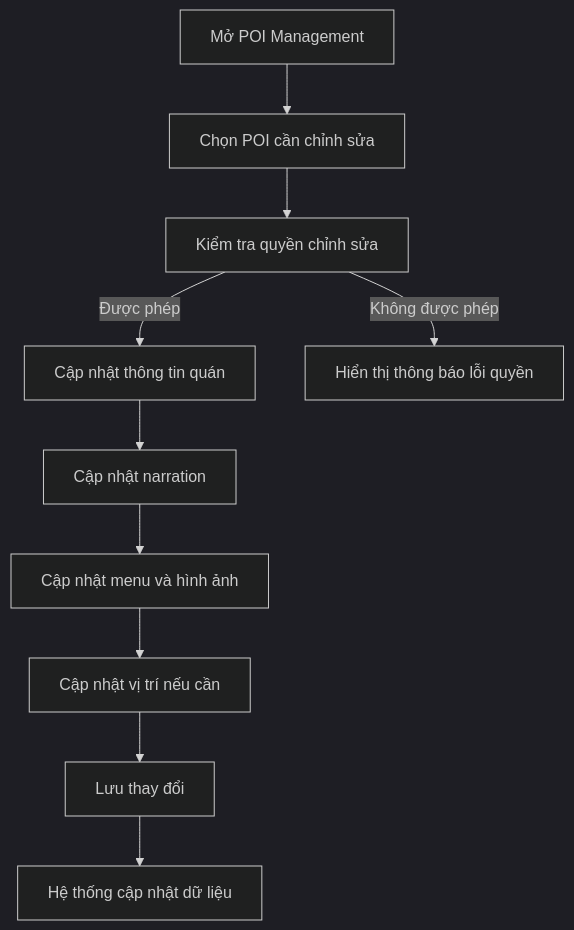
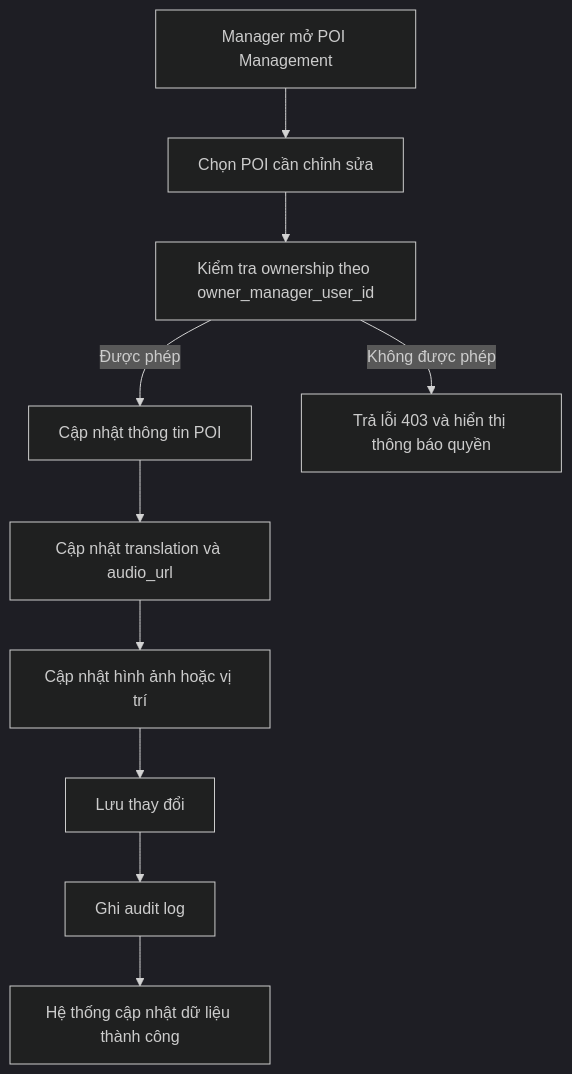
The ninth of 13 diagrams in docs/ACTIVITY_DIAGRAMS.md (lesondowski/Seminar), drawn with Mermaid (dark theme) before and after one commit. The commit also changed other lines of this file and 282 other files, not shown here.

````diff
--- a/docs/ACTIVITY_DIAGRAMS.md
+++ b/docs/ACTIVITY_DIAGRAMS.md
@@ -158,12 +183,12 @@
 ```mermaid
 flowchart TD
-    A[Mở POI Management] --> B[Chọn POI cần chỉnh sửa]
-    B --> C[Kiểm tra quyền chỉnh sửa]
-    C -->|Được phép| D[Cập nhật thông tin quán]
-    D --> E[Cập nhật narration]
-    E --> F[Cập nhật menu và hình ảnh]
-    F --> G[Cập nhật vị trí nếu cần]
-    G --> H[Lưu thay đổi]
-    H --> I[Hệ thống cập nhật dữ liệu]
-    C -->|Không được phép| J[Hiển thị thông báo lỗi quyền]
+    A[Manager mở POI Management] --> B[Chọn POI cần chỉnh sửa]
+    B --> C[Kiểm tra ownership theo owner_manager_user_id]
+    C -->|Được phép| D[Cập nhật thông tin POI]
+    D --> E[Cập nhật translation và audio_url]
+    E --> F[Cập nhật hình ảnh hoặc vị trí]
+    F --> G[Lưu thay đổi]
+    G --> H[Ghi audit log]
+    H --> I[Hệ thống cập nhật dữ liệu thành công]
+    C -->|Không được phép| J[Trả lỗi 403 và hiển thị thông báo quyền]
 ```
````
